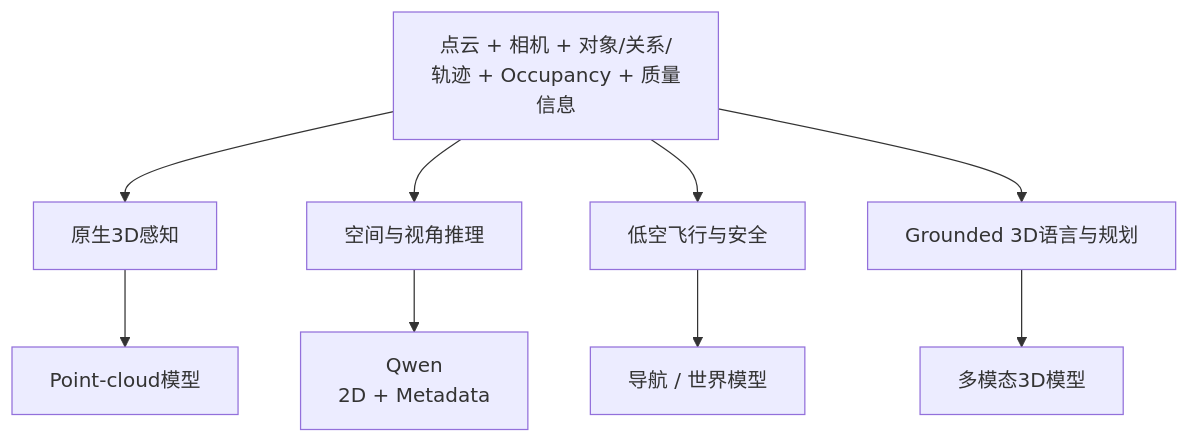
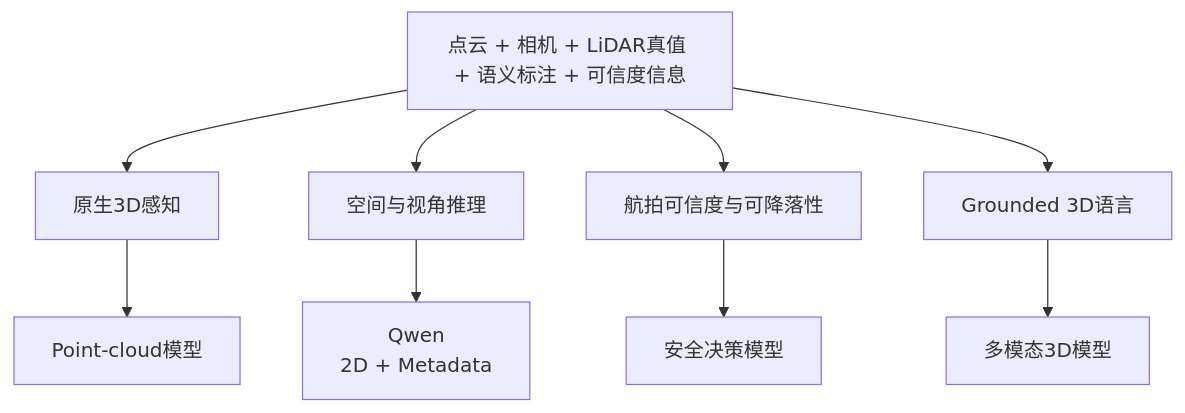
One commit to NewNiuuu/3D-pointcloud-data-pipeline changed the fifth of 5 diagrams in README.md. Above: the diagram before and after it, drawn with Mermaid. The commit also changed other lines of this file and 7 other files, not shown here.

````diff
--- a/README.md
+++ b/README.md
@@ -379,14 +387,14 @@
 ```mermaid
 flowchart TD
-    S[点云 + 相机 + 对象/关系/轨迹 + Occupancy + 质量信息]
+    S[点云 + 相机 + LiDAR真值 + 语义标注 + 可信度信息]
 
     S --> A[原生3D感知]
     S --> B[空间与视角推理]
-    S --> C[低空飞行与安全]
-    S --> D[Grounded 3D语言与规划]
+    S --> C[航拍可信度与可降落性]
+    S --> D[Grounded 3D语言]
 
     A --> O1[Point-cloud模型]
     B --> O2[Qwen<br/>2D + Metadata]
-    C --> O3[导航 / 世界模型]
+    C --> O3[安全决策模型]
     D --> O4[多模态3D模型]
 ```
````
